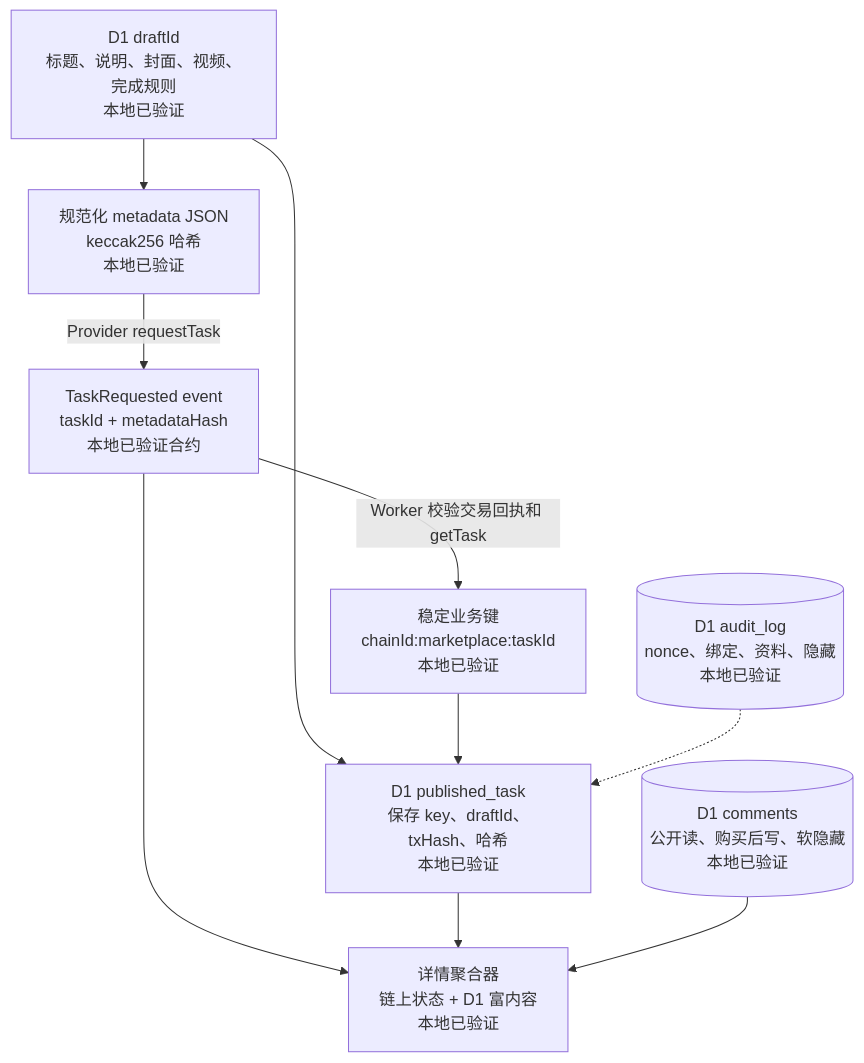
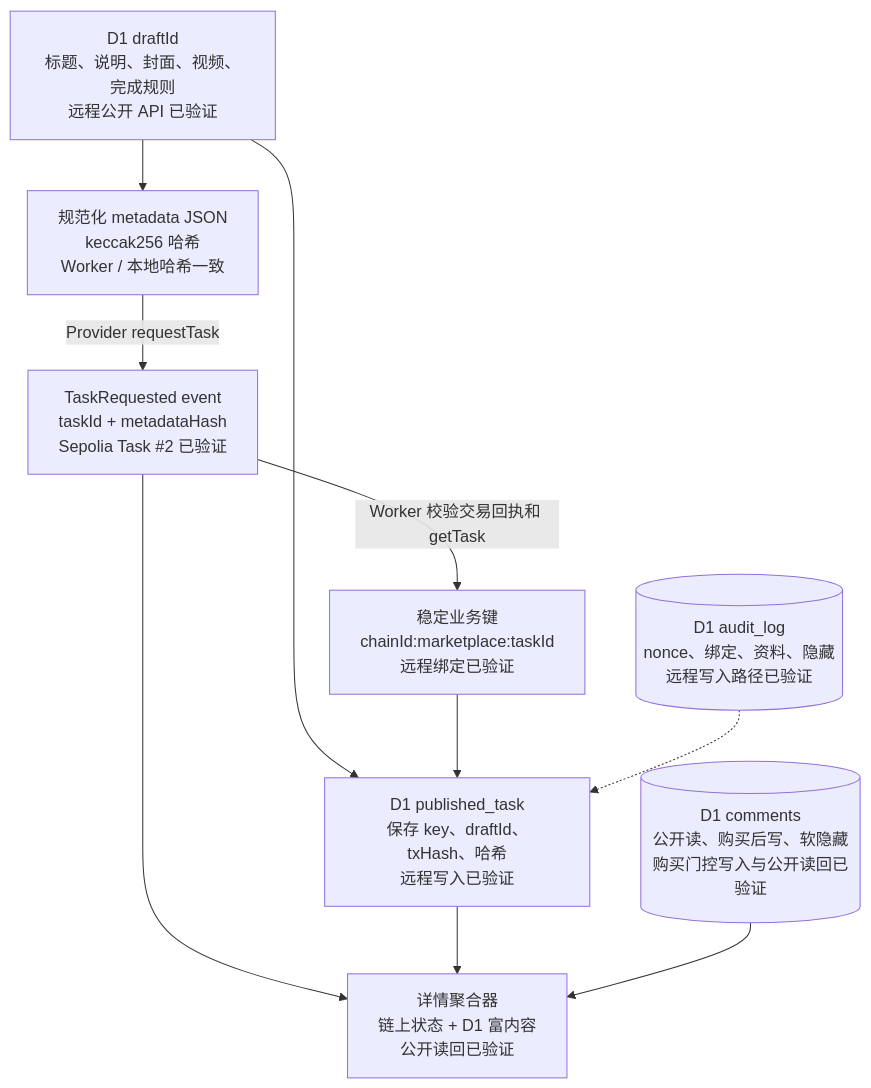
The third of 8 diagrams in docs/architecture/starbuddy-web3-architecture.mmd (Tiancheng-Xu/babysteps), drawn with Mermaid before and after one commit. The commit also changed other lines of this file and 26 other files, not shown here.

````diff
--- a/docs/architecture/starbuddy-web3-architecture.mmd
+++ b/docs/architecture/starbuddy-web3-architecture.mmd
@@ -64,20 +64,20 @@
 ```mermaid
 flowchart TB
-    draft["D1 draftId<br/>标题、说明、封面、视频、完成规则<br/>本地已验证"]
-    canonical["规范化 metadata JSON<br/>keccak256 哈希<br/>本地已验证"]
-    event["TaskRequested event<br/>taskId + metadataHash<br/>本地已验证合约"]
-    key["稳定业务键<br/>chainId:marketplace:taskId<br/>本地已验证"]
-    task["D1 published_task<br/>保存 key、draftId、txHash、哈希<br/>本地已验证"]
-    read["详情聚合器<br/>链上状态 + D1 富内容<br/>本地已验证"]
+    draft["D1 draftId<br/>标题、说明、封面、视频、完成规则<br/>远程公开 API 已验证"]
+    canonical["规范化 metadata JSON<br/>keccak256 哈希<br/>Worker / 本地哈希一致"]
+    event["TaskRequested event<br/>taskId + metadataHash<br/>Sepolia Task #2 已验证"]
+    key["稳定业务键<br/>chainId:marketplace:taskId<br/>远程绑定已验证"]
+    task["D1 published_task<br/>保存 key、draftId、txHash、哈希<br/>远程写入已验证"]
+    read["详情聚合器<br/>链上状态 + D1 富内容<br/>公开读回已验证"]
 
     draft --> canonical
     canonical -->|"Provider requestTask"| event
     event -->|"Worker 校验交易回执和 getTask"| key
     draft --> task
     key --> task
     event --> read
     task --> read
 
-    comments[("D1 comments<br/>公开读、购买后写、软隐藏<br/>本地已验证")] --> read
-    audit[("D1 audit_log<br/>nonce、绑定、资料、隐藏<br/>本地已验证")] -.-> task
+    comments[("D1 comments<br/>公开读、购买后写、软隐藏<br/>购买门控写入与公开读回已验证")] --> read
+    audit[("D1 audit_log<br/>nonce、绑定、资料、隐藏<br/>远程写入路径已验证")] -.-> task
 ```
````
